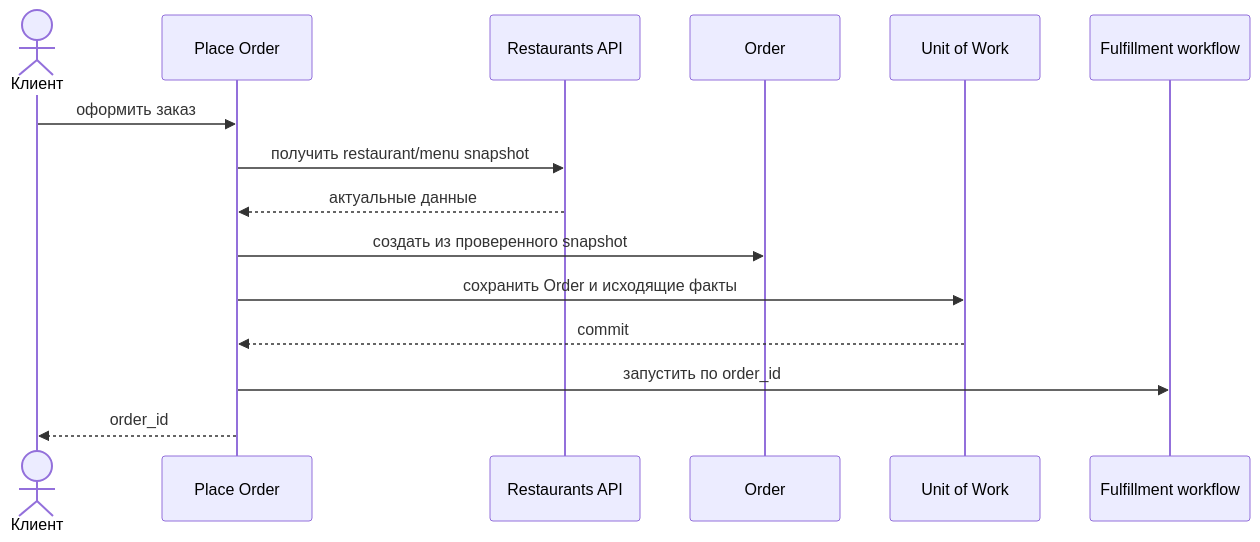
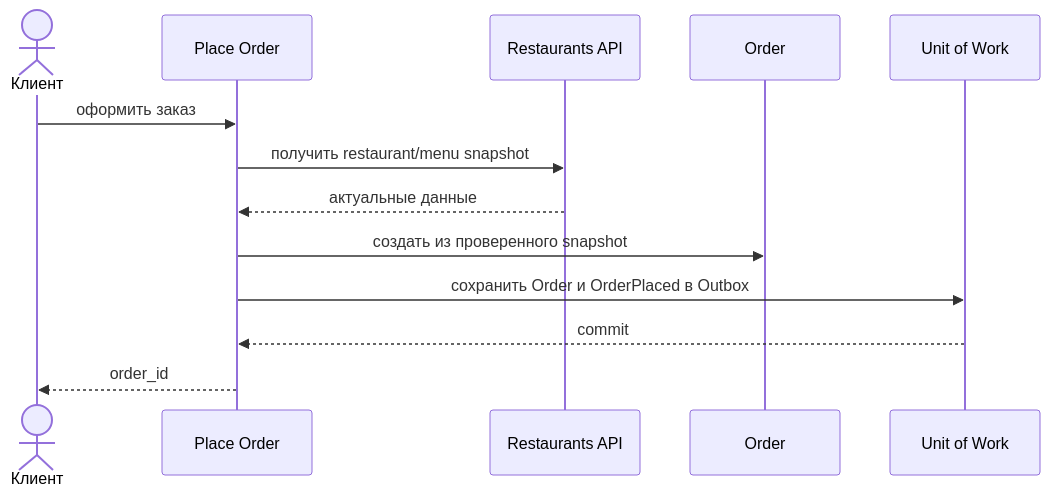
One commit to batazor/nomnom changed the diagram in boundaries/orders/slices/order/applications/placeorder/README.md. Above: the diagram before and after it, drawn with Mermaid. The commit also changed other lines of this file and 109 other files, not shown here.

First line of the commit message:
feat: start fulfillment from OrderPlaced and pay before the kitchen

````diff
--- a/boundaries/orders/slices/order/applications/placeorder/README.md
+++ b/boundaries/orders/slices/order/applications/placeorder/README.md
@@ -18,17 +18,15 @@
 ```mermaid
 sequenceDiagram
     actor Client as Клиент
     participant App as Place Order
     participant Catalog as Restaurants API
     participant Order as Order
     participant Store as Unit of Work
-    participant Workflow as Fulfillment workflow
     Client->>App: оформить заказ
     App->>Catalog: получить restaurant/menu snapshot
     Catalog-->>App: актуальные данные
     App->>Order: создать из проверенного snapshot
-    App->>Store: сохранить Order и исходящие факты
+    App->>Store: сохранить Order и OrderPlaced в Outbox
     Store-->>App: commit
-    App->>Workflow: запустить по order_id
     App-->>Client: order_id
 ```
````
